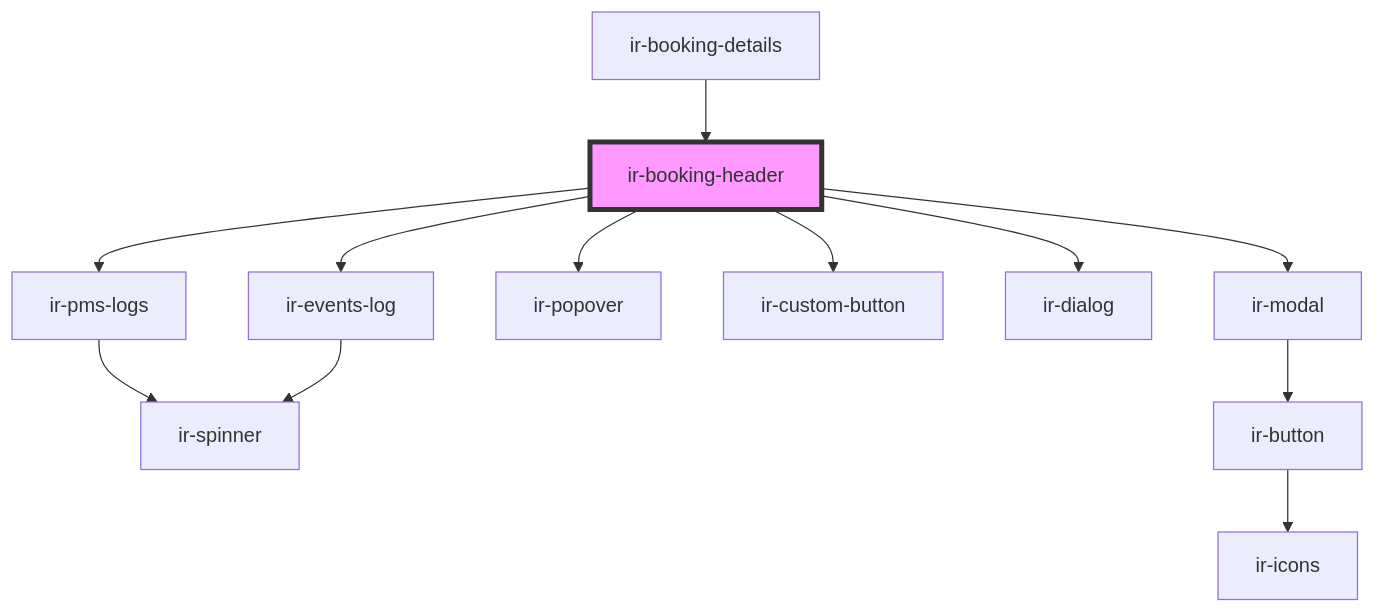
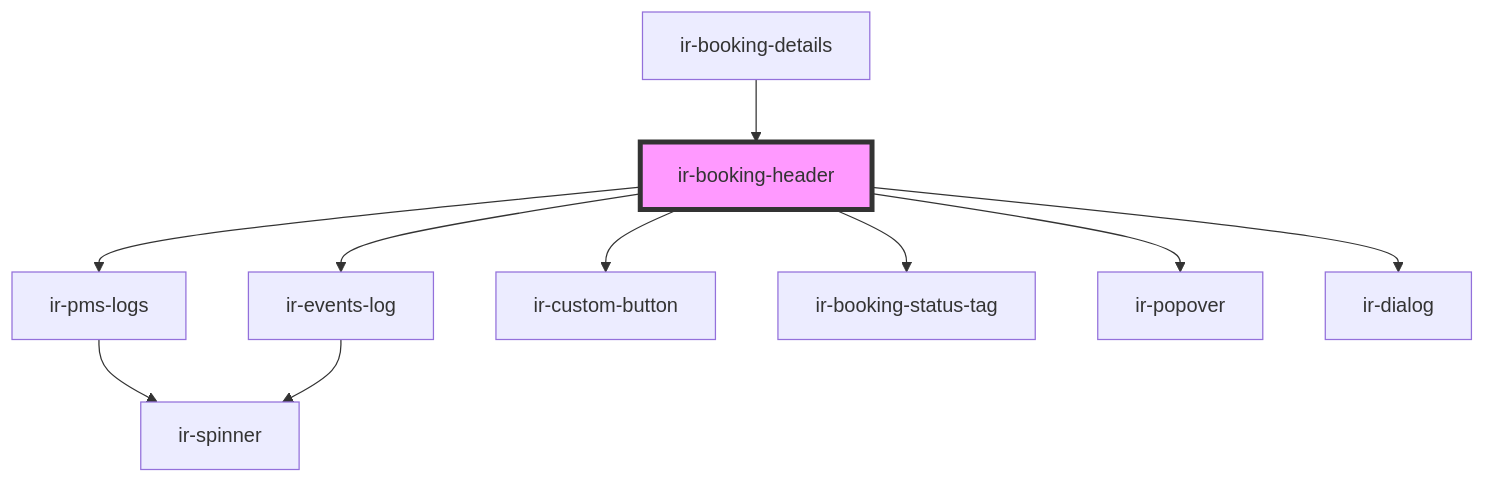
One commit to RonyRizk/ir-webcmp changed the diagram in src/components/ir-booking-details/ir-booking-header/readme.md. Above: the diagram before and after it, drawn with Mermaid. The commit also changed other lines of this file and 433 other files, not shown here.

````diff
--- a/src/components/ir-booking-details/ir-booking-header/readme.md
+++ b/src/components/ir-booking-details/ir-booking-header/readme.md
@@ -47,15 +47,13 @@
 ```mermaid
 graph TD;
   ir-booking-header --> ir-pms-logs
   ir-booking-header --> ir-events-log
+  ir-booking-header --> ir-custom-button
+  ir-booking-header --> ir-booking-status-tag
   ir-booking-header --> ir-popover
-  ir-booking-header --> ir-custom-button
   ir-booking-header --> ir-dialog
-  ir-booking-header --> ir-modal
   ir-pms-logs --> ir-spinner
   ir-events-log --> ir-spinner
-  ir-modal --> ir-button
-  ir-button --> ir-icons
   ir-booking-details --> ir-booking-header
   style ir-booking-header fill:#f9f,stroke:#333,stroke-width:4px
 ```
````
